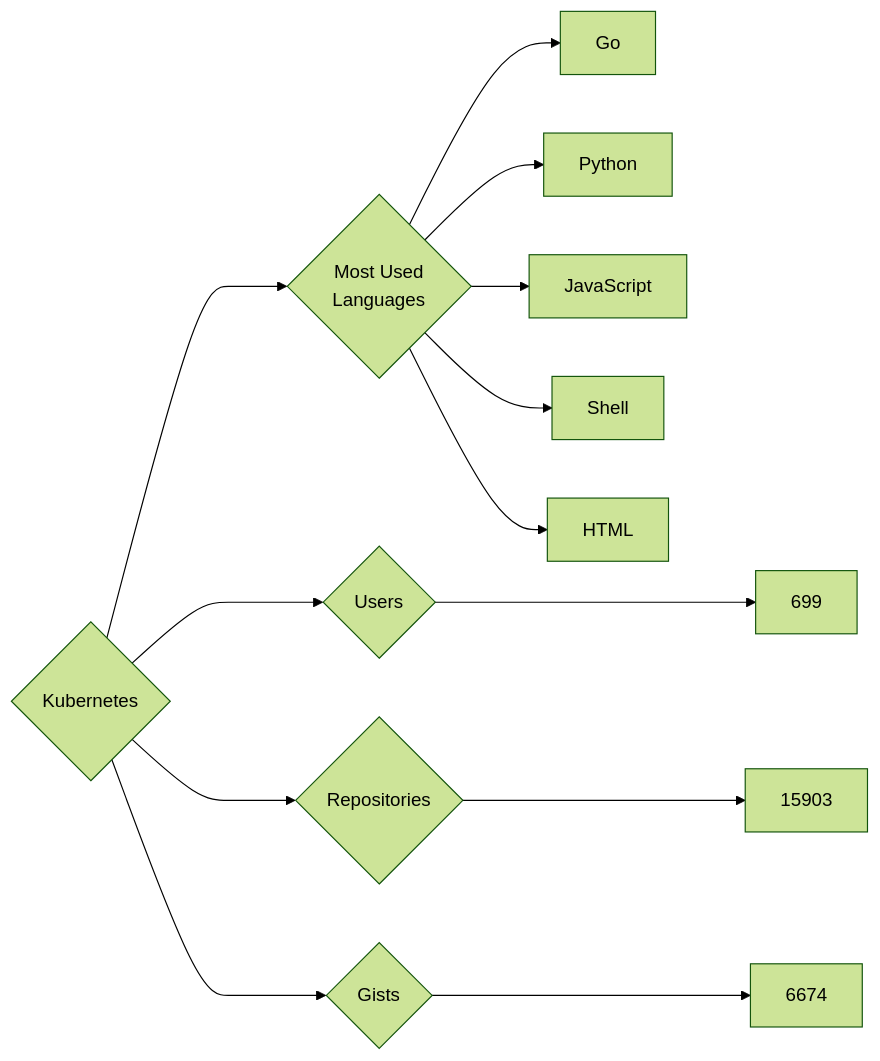
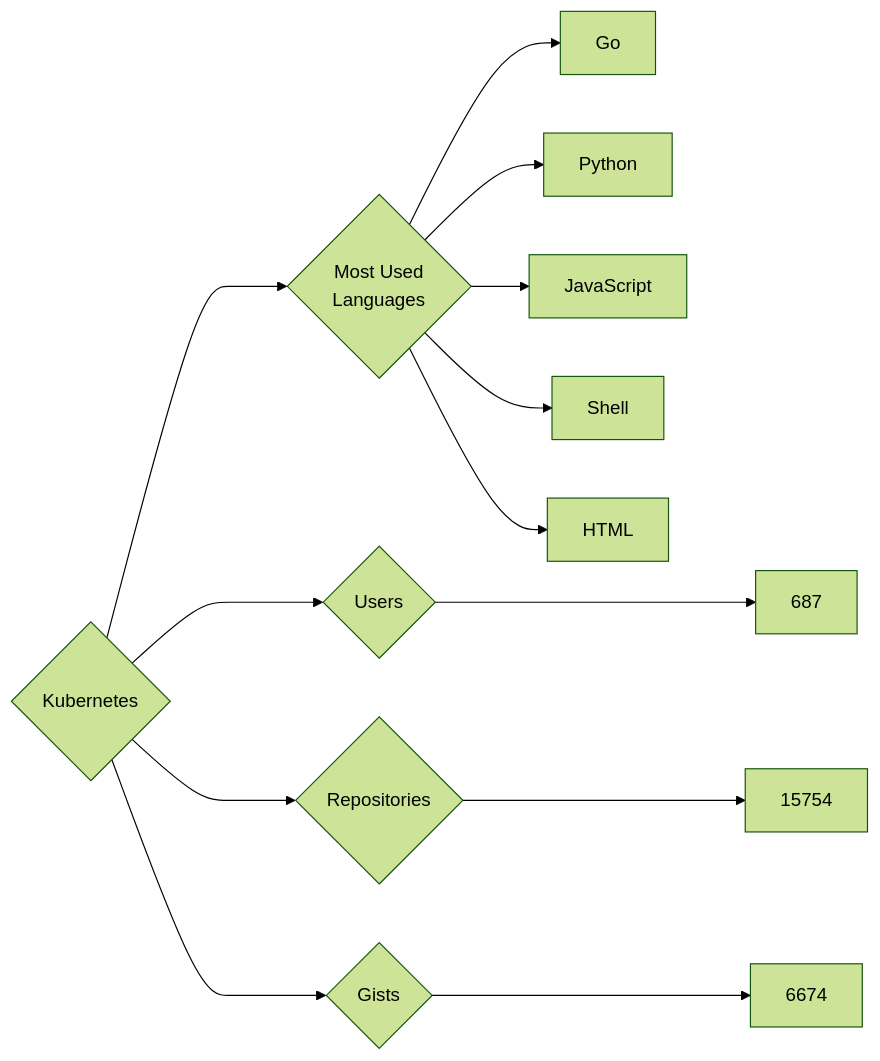
The diagram in targets/Kubernetes/README.md (trickest/insiders), drawn with Mermaid (forest theme) before and after one commit. The commit also changed 639 other files, not shown here.

````diff
--- a/targets/Kubernetes/README.md
+++ b/targets/Kubernetes/README.md
@@ -3,13 +3,13 @@
 ```mermaid
 graph LR
 COMPANY_NAME{Kubernetes}
-COMPANY_NAME ---> U{Users} ---> UN[699]
-COMPANY_NAME ---> R{Repositories} ---> RN[15903]
+COMPANY_NAME ---> U{Users} ---> UN[687]
+COMPANY_NAME ---> R{Repositories} ---> RN[15754]
 COMPANY_NAME ---> G{Gists} ---> GN[6674]
 COMPANY_NAME ---> ML{Most Used<br>Languages}
 ML --> Go[Go]
 ML --> Python[Python]
 ML --> JavaScript[JavaScript]
 ML --> Shell[Shell]
 ML --> HTML[HTML]
 ```
````
